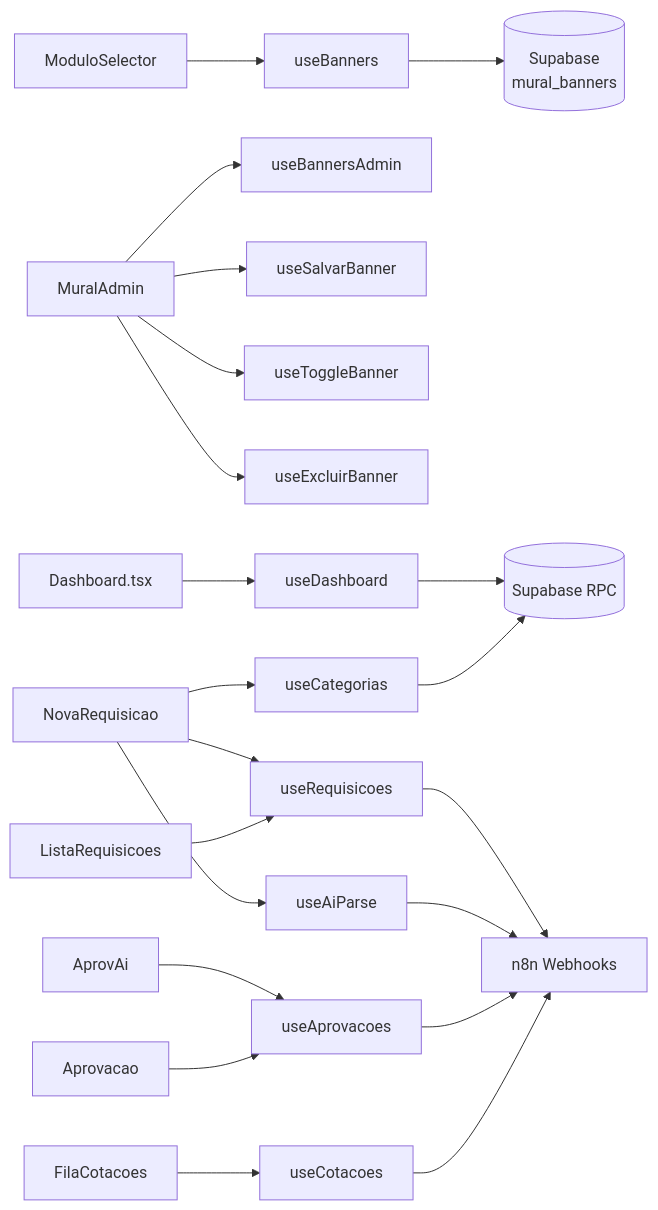
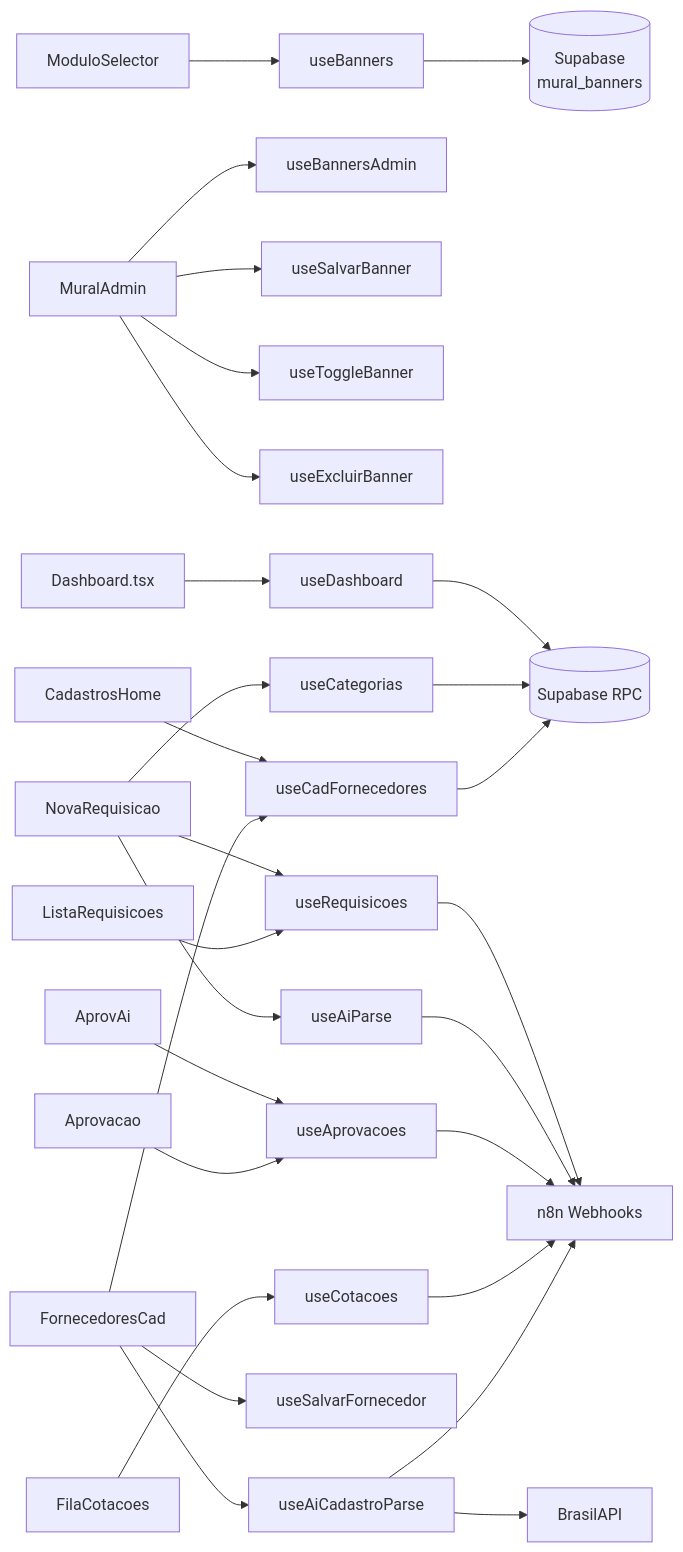
One commit to leandroteg/teg-plus changed the diagram in docs/obsidian/05 - Hooks Customizados.md. Above: the diagram before and after it, drawn with Mermaid. The commit also changed other lines of this file and 7 other files, not shown here.

````diff
--- a/docs/obsidian/05 - Hooks Customizados.md
+++ b/docs/obsidian/05 - Hooks Customizados.md
@@ -267,25 +314,33 @@
 ```mermaid
 graph LR
     MOD[ModuloSelector] --> UB[useBanners]
     MA[MuralAdmin] --> UBA[useBannersAdmin]
     MA --> USB[useSalvarBanner]
     MA --> UTB[useToggleBanner]
     MA --> UEB[useExcluirBanner]
 
     D[Dashboard.tsx] --> UD[useDashboard]
     NR[NovaRequisicao] --> UR[useRequisicoes]
     NR --> UC[useCategorias]
     NR --> UA[useAiParse]
     LR[ListaRequisicoes] --> UR
     FC[FilaCotacoes] --> UCT[useCotacoes]
     AI[AprovAi] --> UAP[useAprovacoes]
     APV[Aprovacao] --> UAP
 
     UB --> SB[(Supabase\nmural_banners)]
     UD --> SB2[(Supabase RPC)]
     UR --> N8N[n8n Webhooks]
     UA --> N8N
     UAP --> N8N
     UCT --> N8N
     UC --> SB2
+
+    CADH[CadastrosHome] --> UCF[useCadFornecedores]
+    FORNC[FornecedoresCad] --> UCF
+    FORNC --> USF[useSalvarFornecedor]
+    FORNC --> UAIP[useAiCadastroParse]
+    UAIP --> BAPI[BrasilAPI]
+    UAIP --> N8N
+    UCF --> SB2
 ```
````
